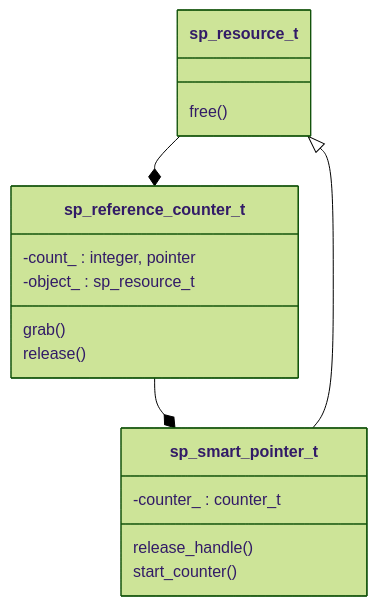
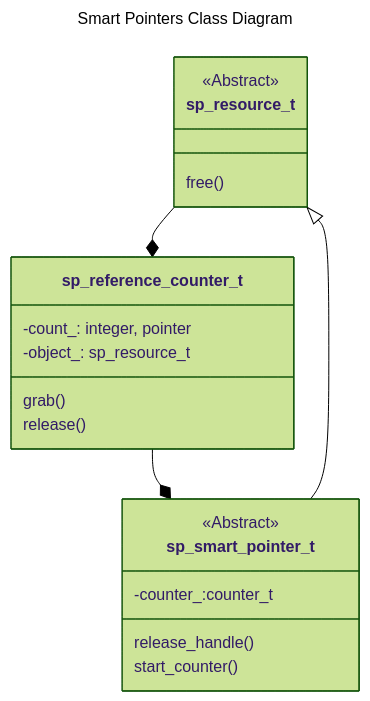
The diagram in doc/README.md (sourceryinstitute/smart-pointers), drawn with Mermaid (forest theme) before and after one commit. The commit also changed other lines of this file, not shown here.

Commit message:
add annotations

````diff
--- a/doc/README.md
+++ b/doc/README.md
@@ -15,22 +11,29 @@
-  ```mermaid
+```mermaid
+---
+title: Smart Pointers Class Diagram 
+---
 classDiagram
-sp_resource_t --* sp_reference_counter_t
-sp_resource_t : free()
 
-sp_smart_pointer_t --|> sp_resource_t
+class sp_resource_t {
+    free()
+}
+    <<Abstract>> sp_resource_t
+    sp_resource_t--*sp_reference_counter_t
+
+class sp_reference_counter_t {
+    -count_: integer, pointer
+    -object_: sp_resource_t
+    grab()
+    release()   
+}
+sp_reference_counter_t--*sp_smart_pointer_t
 
 class sp_smart_pointer_t {
--counter_ : counter_t
-release_handle()
-start_counter()
+    -counter_:counter_t
+    release_handle()
+    start_counter()
 }
+<<Abstract>> sp_smart_pointer_t
+    sp_smart_pointer_t--|>sp_resource_t
 
-sp_reference_counter_t --* sp_smart_pointer_t 
-
-class sp_reference_counter_t {
--count_ : integer, pointer
--object_ : sp_resource_t
-grab()
-release()   
-}
 ```
````
